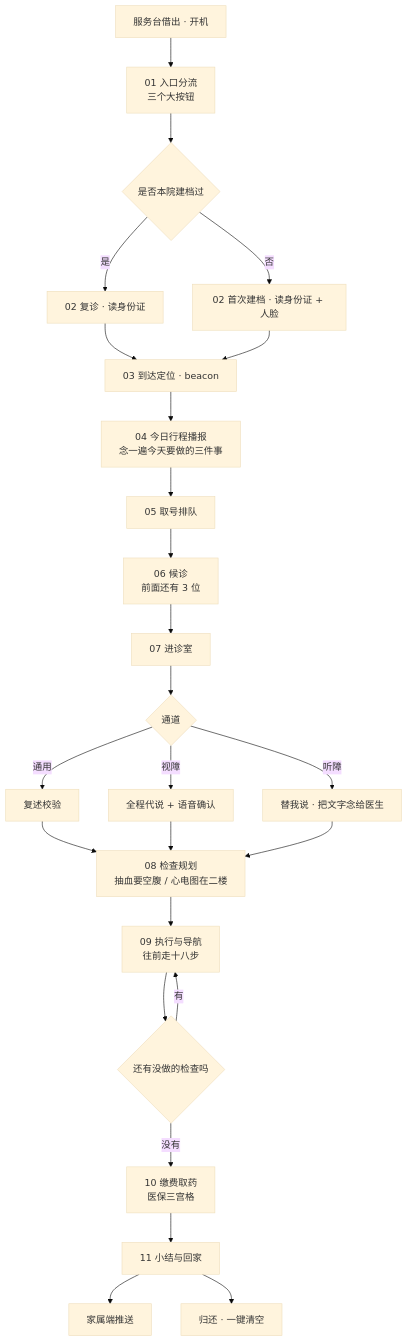
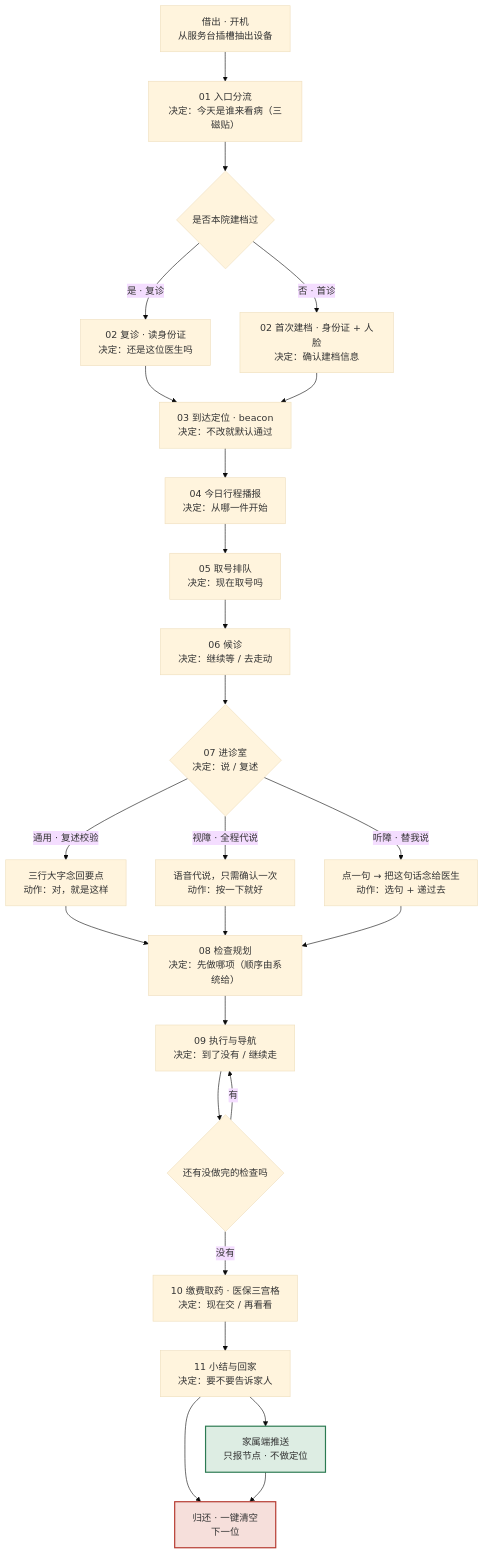
Before and after one commit to xiangyuli494-cmyk/medpal-hc2026: the diagram in 04-deliverables/02-流程图/src/主流程.mmd, drawn with Mermaid (base theme). The commit also changed 3 other files, not shown here.

First line of the commit message:
docs(T3): 流程图 v1 三份源文件接管完成

```diff
--- a/04-deliverables/02-流程图/src/主流程.mmd
+++ b/04-deliverables/02-流程图/src/主流程.mmd
@@ -1,25 +1,38 @@
+%% 小暖 · 主流程图（v1，2026-11-05 / T3）
+%% 起点：T1 的 v0 骨架（同目录），T3 接管后补三处：
+%%   ① 每个节点补第二行「决定：……」，对应 02-信息架构.md 33 格表的第 2 列；
+%%   ② 07 进诊室展开成三通道分岔（通用复述校验 / 视障全程代说 / 听障替我说）；
+%%   ③ 加 classDef：红=归还清空、绿=家属端推送，让"出口"在缩略图里也能看出来。
+%% 口径来源：02-design/03-交互流程.md 第 1 节（主流程）+ 02-design/02-信息架构.md 第 2 节（33 格表）
+%% 验收：蒙住文字只看箭头能走完；每个判断点都有两条以上出路；无悬空箭头。
+
 flowchart TD
-  A[服务台借出 · 开机] --> B["01 入口分流<br/>三个大按钮"]
-  B --> C{是否本院建档过}
-  C -- 是 --> D["02 复诊 · 读身份证"]
-  C -- 否 --> E["02 首次建档 · 读身份证 + 人脸"]
-  D --> F["03 到达定位 · beacon"]
+  A["借出 · 开机<br/>从服务台插槽抽出设备"] --> B["01 入口分流<br/>决定：今天是谁来看病（三磁贴）"]
+  B --> C{"是否本院建档过"}
+  C -- "是 · 复诊" --> D["02 复诊 · 读身份证<br/>决定：还是这位医生吗"]
+  C -- "否 · 首诊" --> E["02 首次建档 · 身份证 + 人脸<br/>决定：确认建档信息"]
+  D --> F["03 到达定位 · beacon<br/>决定：不改就默认通过"]
   E --> F
-  F --> G["04 今日行程播报<br/>念一遍今天要做的三件事"]
-  G --> H["05 取号排队"]
-  H --> I["06 候诊<br/>前面还有 3 位"]
-  I --> J["07 进诊室"]
-  J --> K{通道}
-  K -- 通用 --> K1[复述校验]
-  K -- 视障 --> K2[全程代说 + 语音确认]
-  K -- 听障 --> K3["替我说 · 把文字念给医生"]
-  K1 --> L["08 检查规划<br/>抽血要空腹 / 心电图在二楼"]
+  F --> G["04 今日行程播报<br/>决定：从哪一件开始"]
+  G --> H["05 取号排队<br/>决定：现在取号吗"]
+  H --> I["06 候诊<br/>决定：继续等 / 去走动"]
+  I --> J{"07 进诊室<br/>决定：说 / 复述"}
+  J -- "通用 · 复述校验" --> K1["三行大字念回要点<br/>动作：对，就是这样"]
+  J -- "视障 · 全程代说" --> K2["语音代说，只需确认一次<br/>动作：按一下就好"]
+  J -- "听障 · 替我说" --> K3["点一句 → 把这句话念给医生<br/>动作：选句 + 递过去"]
+  K1 --> L["08 检查规划<br/>决定：先做哪项（顺序由系统给）"]
   K2 --> L
   K3 --> L
-  L --> M["09 执行与导航<br/>往前走十八步"]
-  M --> N{还有没做的检查吗}
-  N -- 有 --> M
-  N -- 没有 --> O["10 缴费取药<br/>医保三宫格"]
-  O --> P["11 小结与回家"]
-  P --> Q[家属端推送]
-  P --> R[归还 · 一键清空]
+  L --> M["09 执行与导航<br/>决定：到了没有 / 继续走"]
+  M --> N{"还有没做完的检查吗"}
+  N -- "有" --> M
+  N -- "没有" --> O["10 缴费取药 · 医保三宫格<br/>决定：现在交 / 再看看"]
+  O --> P["11 小结与回家<br/>决定：要不要告诉家人"]
+  P --> Q["家属端推送<br/>只报节点 · 不做定位"]
+  P --> R["归还 · 一键清空<br/>下一位"]
+  Q --> R
+
+  classDef stop fill:#F6DFDB,stroke:#B5392F,stroke-width:2px
+  classDef done fill:#DDEDE3,stroke:#2C7A52,stroke-width:2px
+  class R stop
+  class Q done
```
